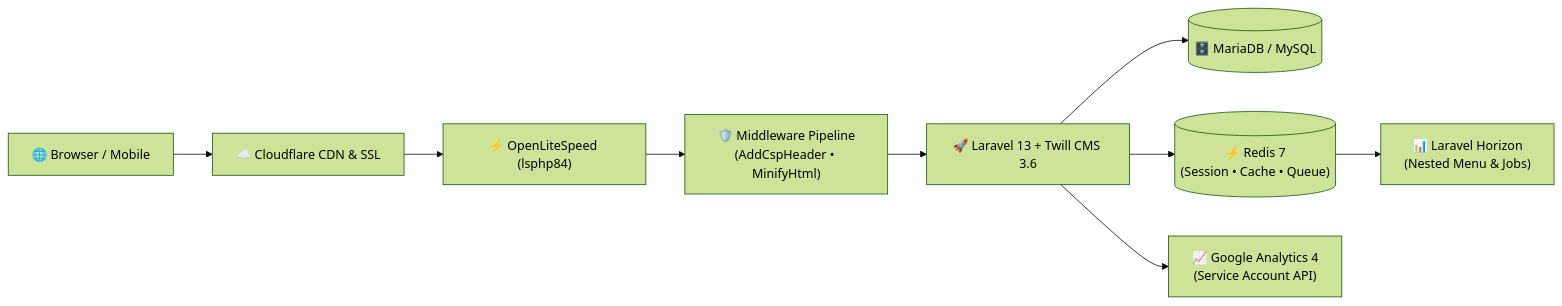
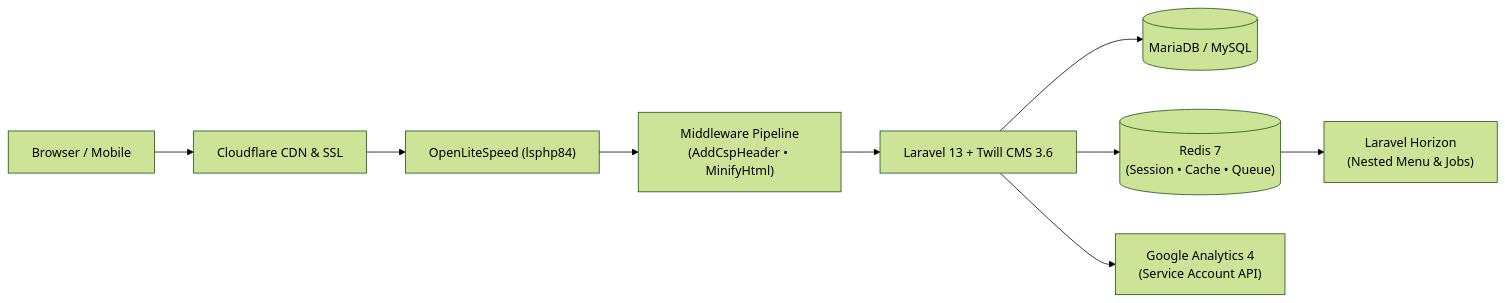
One commit to ze0expl01t/nusantara-school-cms changed the diagram in README.md. Above: the diagram before and after it, drawn with Mermaid (forest theme). The commit also changed other lines of this file, not shown here.

````diff
--- a/README.md
+++ b/README.md
@@ -63,11 +70,11 @@
 ```mermaid
 flowchart LR
-    Client["🌐 Browser / Mobile"] --> CF["☁️ Cloudflare CDN & SSL"]
-    CF --> OLS["⚡ OpenLiteSpeed (lsphp84)"]
-    OLS --> MW["🛡️ Middleware Pipeline\n(AddCspHeader • MinifyHtml)"]
-    MW --> App["🚀 Laravel 13 + Twill CMS 3.6"]
-    App --> DB[("🗄️ MariaDB / MySQL")]
-    App --> Redis[("⚡ Redis 7\n(Session • Cache • Queue)")]
-    Redis --> Horizon["📊 Laravel Horizon\n(Nested Menu & Jobs)"]
-    App --> GA4["📈 Google Analytics 4\n(Service Account API)"]
+    Client["Browser / Mobile"] --> CF["Cloudflare CDN & SSL"]
+    CF --> OLS["OpenLiteSpeed (lsphp84)"]
+    OLS --> MW["Middleware Pipeline\n(AddCspHeader • MinifyHtml)"]
+    MW --> App["Laravel 13 + Twill CMS 3.6"]
+    App --> DB[("MariaDB / MySQL")]
+    App --> Redis[("Redis 7\n(Session • Cache • Queue)")]
+    Redis --> Horizon["Laravel Horizon\n(Nested Menu & Jobs)"]
+    App --> GA4["Google Analytics 4\n(Service Account API)"]
 ```
````
